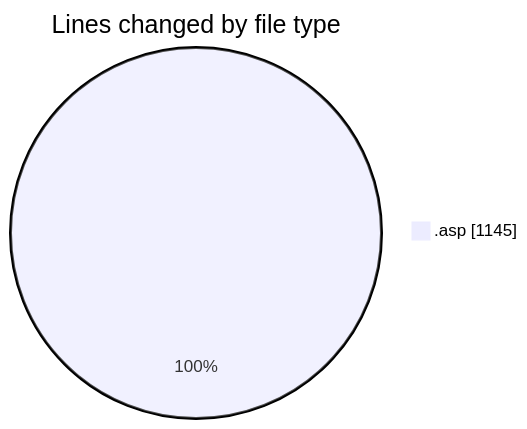
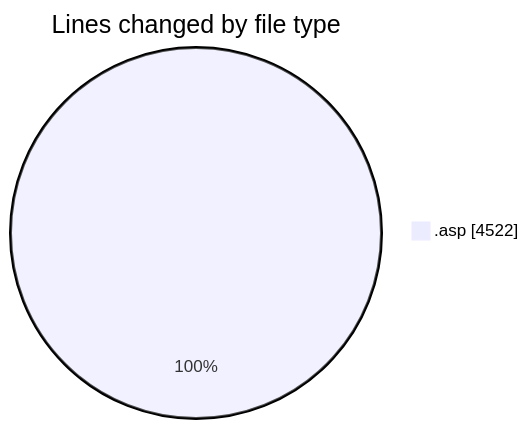
Before and after one commit to julien-gomy/code-tracking: the first of 2 diagrams in 2025-10-28/cdp_aleoudev_fr__workspace_/README.md, drawn with Mermaid. The commit also changed other lines of this file and 1 other file, not shown here.

````diff
--- a/2025-10-28/cdp_aleoudev_fr__workspace_/README.md
+++ b/2025-10-28/cdp_aleoudev_fr__workspace_/README.md
@@ -20,5 +21,5 @@
 ```mermaid
 pie showData
 title Lines changed by file type
-".asp" : 1145
+".asp" : 4522
 ```
````
